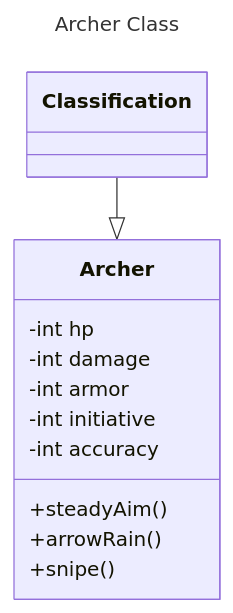
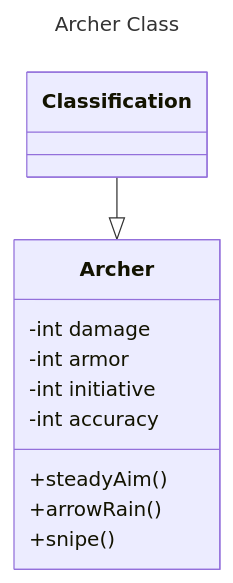
The diagram in wiki/Class-Diagram---Archer.md (pacalso-jjc/2425-2nd-cc3-1e-rpg), drawn with Mermaid before and after one commit.

Commit message:
removed HP stat (class stats and attack types)

````diff
--- a/wiki/Class-Diagram---Archer.md
+++ b/wiki/Class-Diagram---Archer.md
@@ -1,17 +1,16 @@
 ```mermaid
 ---
 title: Archer Class
 ---
 classDiagram
     Classification --|> Archer
     class Archer {
-        -int hp
         -int damage
         -int armor
         -int initiative
         -int accuracy
         +steadyAim()
         +arrowRain()
         +snipe()
     }
 ```
````
